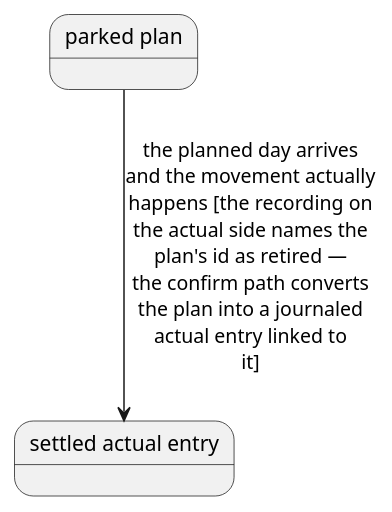
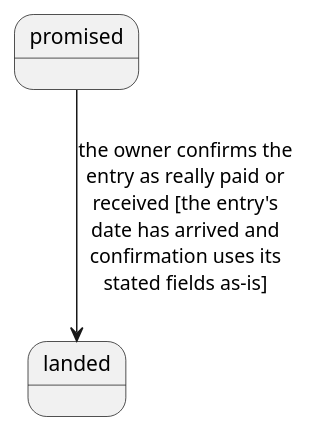
One commit to archiku-org/website changed the diagram in case-study/financials/assets/entity/expected-entry.puml. Above: the diagram before and after it, drawn with PlantUML. The commit also changed 1468 other files, not shown here.

```diff
--- a/case-study/financials/assets/entity/expected-entry.puml
+++ b/case-study/financials/assets/entity/expected-entry.puml
@@ -1,13 +1,13 @@
 @startuml
 ' State diagram of vault project 'financials' — PlantUML source.
-' Entity: entity/expected-entry — Expected entry (Transaction, model.py store shape)
+' Entity: entity/expected-entry — Expected entry (model.Transaction in the expected store)
 ' States: 2 · Transitions: 1 (of 1)
 
 ' States (declared first — nothing referenced before declared)
-state "parked plan" as s0
-state "settled actual entry" as s1
+state "promised" as s0
+state "landed" as s1
 
 ' Transitions (from --> to : event [condition])
-s0 --> s1 : the planned day arrives\nand the movement actually\nhappens [the recording on\nthe actual side names the\nplan's id as retired —\nthe confirm path converts\nthe plan into a journaled\nactual entry linked to\nit]
+s0 --> s1 : the owner confirms the\nentry as really paid or\nreceived [the entry's\ndate has arrived and\nconfirmation uses its\nstated fields as-is]
 
 @enduml
```
